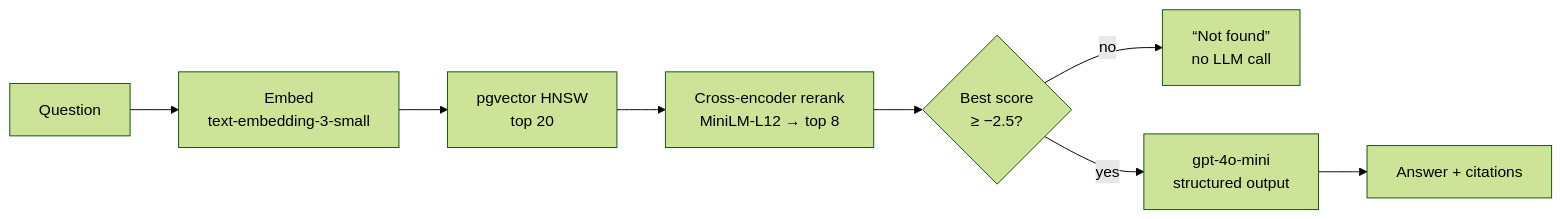
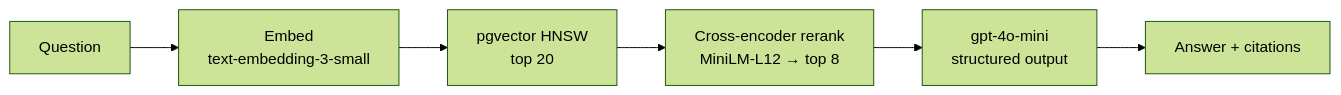
The diagram in README.md (ParthParmar88/RAGBench), drawn with Mermaid (forest theme) before and after one commit. The commit also changed other lines of this file and 28 other files, not shown here.

````diff
--- a/README.md
+++ b/README.md
@@ -44,10 +50,8 @@
 ```mermaid
 flowchart LR
     Q[Question] --> E[Embed<br/>text-embedding-3-small]
     E --> S[pgvector HNSW<br/>top 20]
     S --> R[Cross-encoder rerank<br/>MiniLM-L12 → top 8]
-    R --> G{Best score<br/>≥ −2.5?}
-    G -- no --> N[“Not found”<br/>no LLM call]
-    G -- yes --> L[gpt-4o-mini<br/>structured output]
+    R --> L[gpt-4o-mini<br/>structured output]
     L --> A[Answer + citations]
 ```
````
